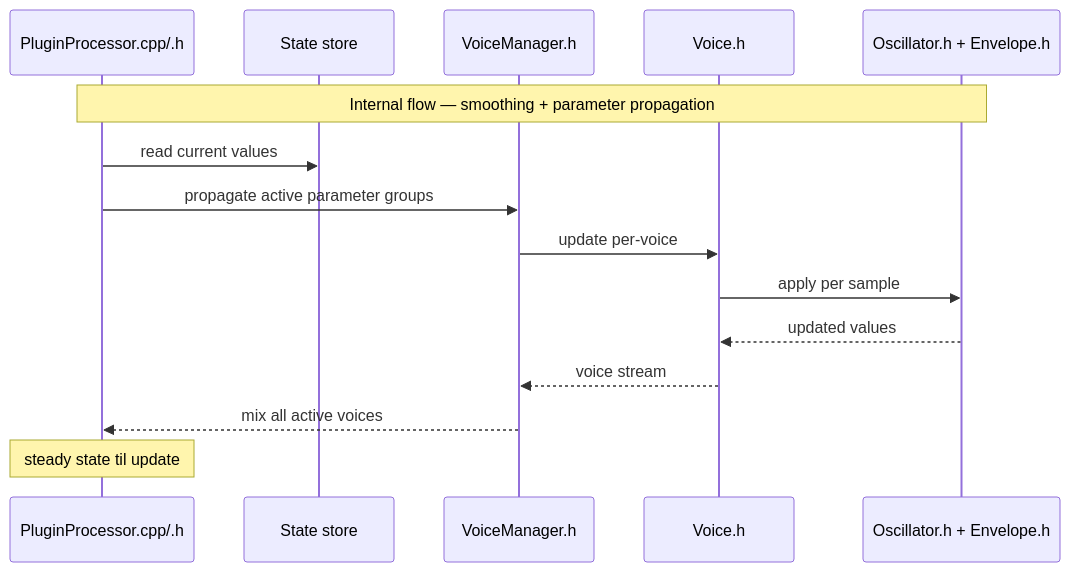
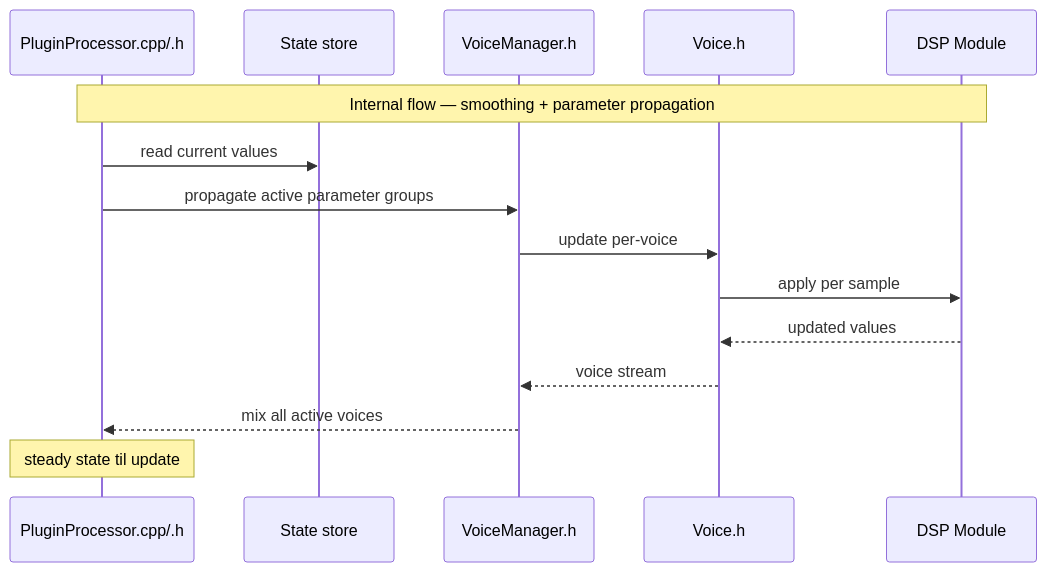
The ninth of 19 diagrams in docs/architecture.md (TYLERSFOSTER/MIDIControl001), drawn with Mermaid before and after one commit. The commit also changed other lines of this file and 3 other files, not shown here.

Commit message:
work on architecture.md

````diff
--- a/docs/architecture.md
+++ b/docs/architecture.md
@@ -200,19 +315,19 @@
 ```mermaid
 sequenceDiagram
 participant Processor as PluginProcessor.cpp/.h
 participant APVTS as State store
 participant VoiceManager as VoiceManager.h
 participant Voice as Voice.h
-participant DSP as Oscillator.h + Envelope.h
+participant DSP as DSP Module
 
 Note over Processor,DSP: Internal flow — smoothing + parameter propagation
 Processor->>APVTS: read current values
 Processor->>VoiceManager: propagate active parameter groups
 VoiceManager->>Voice: update per-voice
 Voice->>DSP: apply per sample
 DSP-->>Voice: updated values
 Voice-->>VoiceManager: voice stream
 VoiceManager-->>Processor: mix all active voices
 Note over Processor: steady state til update
 
 ```
````
